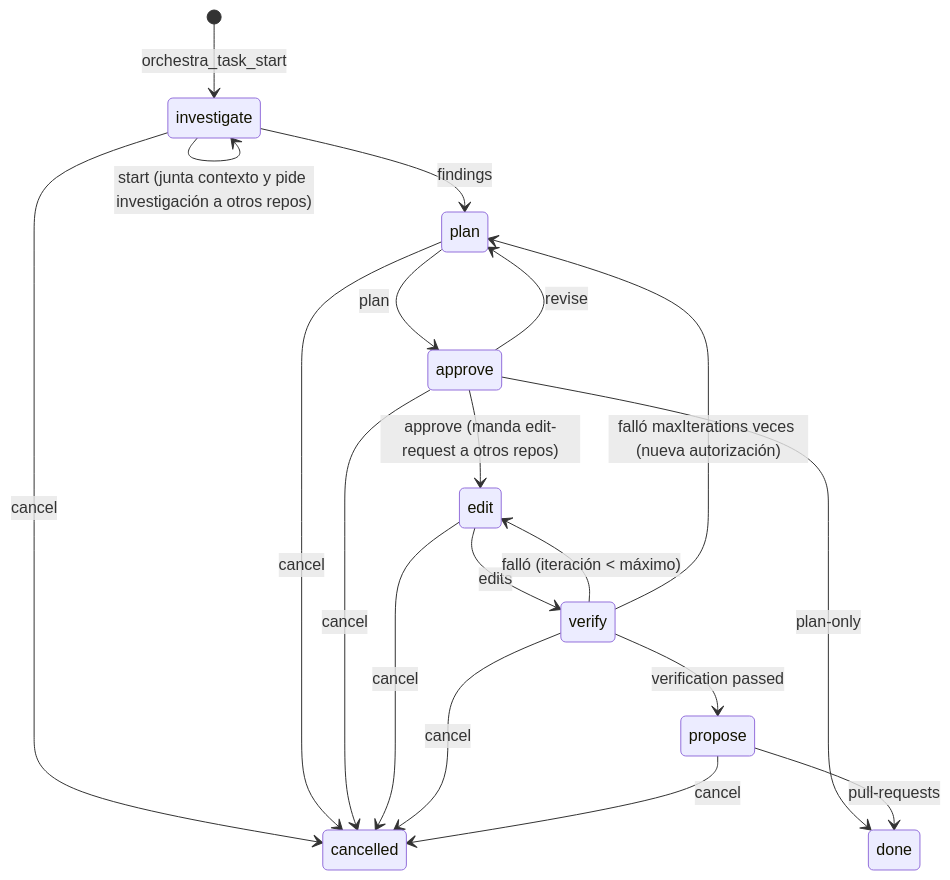
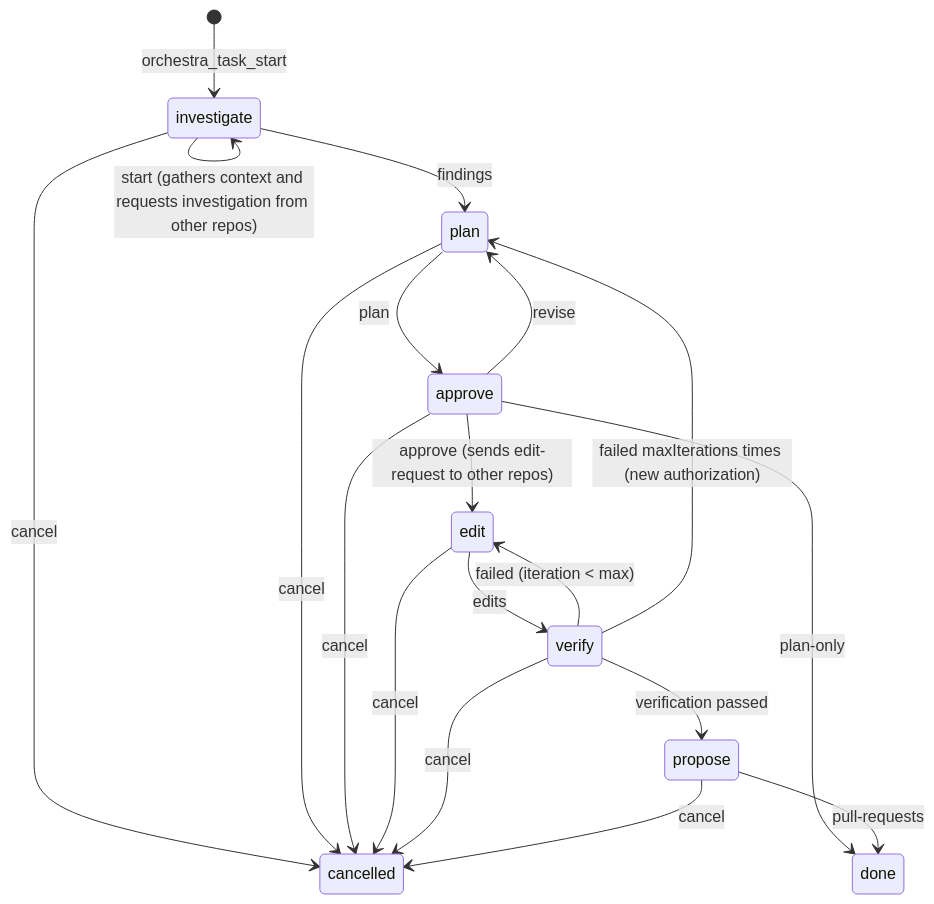
The diagram in docs/architecture/orchestration.md (TomasTaniguchi/orchestra-man-plugin), drawn with Mermaid before and after one commit. The commit also changed other lines of this file and 42 other files, not shown here.

````diff
--- a/docs/architecture/orchestration.md
+++ b/docs/architecture/orchestration.md
@@ -9,21 +9,21 @@
 ```mermaid
 stateDiagram-v2
   [*] --> investigate: orchestra_task_start
-  investigate --> investigate: start (junta contexto y pide investigación a otros repos)
+  investigate --> investigate: start (gathers context and requests investigation from other repos)
   investigate --> plan: findings
   plan --> approve: plan
-  approve --> edit: approve (manda edit-request a otros repos)
+  approve --> edit: approve (sends edit-request to other repos)
   approve --> plan: revise
   approve --> done: plan-only
   edit --> verify: edits
   verify --> propose: verification passed
-  verify --> edit: falló (iteración < máximo)
-  verify --> plan: falló maxIterations veces (nueva autorización)
+  verify --> edit: failed (iteration < max)
+  verify --> plan: failed maxIterations times (new authorization)
   propose --> done: pull-requests
   investigate --> cancelled: cancel
   plan --> cancelled: cancel
   approve --> cancelled: cancel
   edit --> cancelled: cancel
   verify --> cancelled: cancel
   propose --> cancelled: cancel
 ```
````
